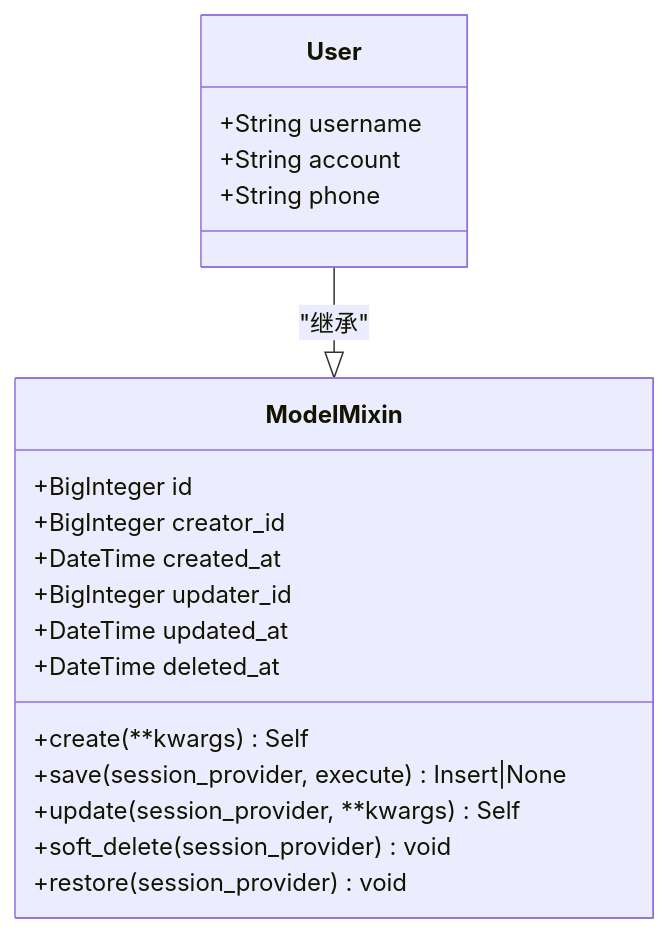
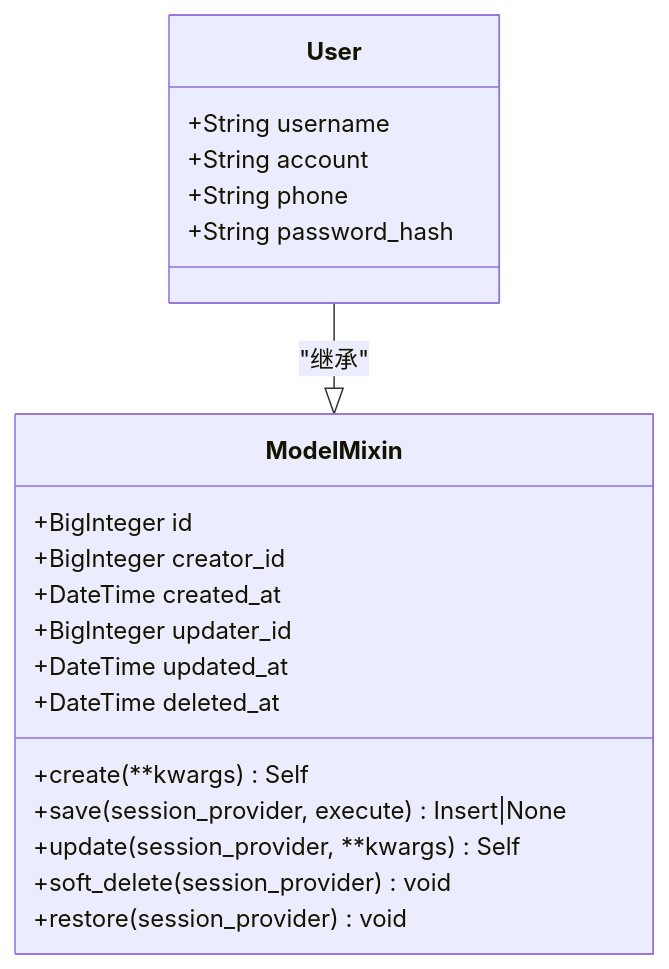
One commit to lilinzezzzzzz/fastapi-backend changed the third of 8 diagrams in .qoder/repowiki/zh/content/数据模型/用户模型.md. Above: the diagram before and after it, drawn with Mermaid. The commit also changed other lines of this file and 38 other files, not shown here.

````diff
--- a/.qoder/repowiki/zh/content/数据模型/用户模型.md
+++ b/.qoder/repowiki/zh/content/数据模型/用户模型.md
@@ -148,22 +167,23 @@
 ```mermaid
 classDiagram
 class ModelMixin {
 +BigInteger id
 +BigInteger creator_id
 +DateTime created_at
 +BigInteger updater_id
 +DateTime updated_at
 +DateTime deleted_at
 +create(**kwargs) Self
 +save(session_provider, execute) Insert|None
 +update(session_provider, **kwargs) Self
 +soft_delete(session_provider) void
 +restore(session_provider) void
 }
 class User {
 +String username
 +String account
 +String phone
++String password_hash
 }
 User --|> ModelMixin : "继承"
 ```
````
